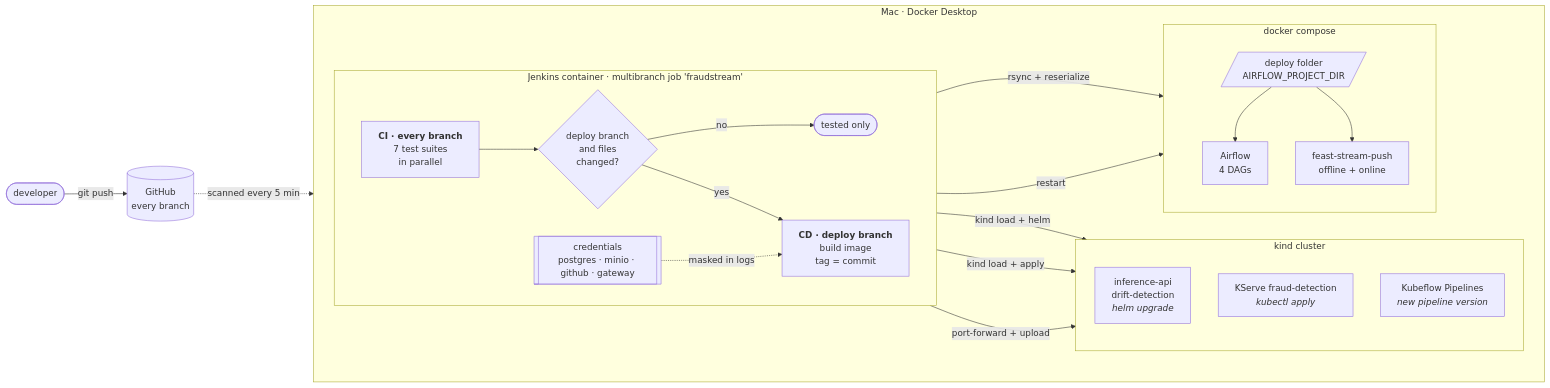
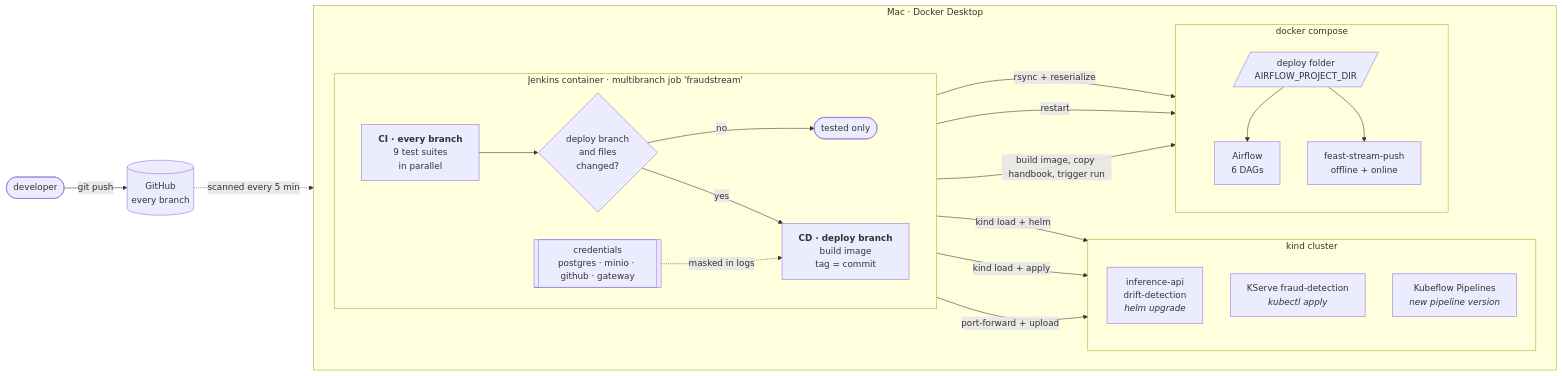
One commit to hiendat04/fraudstream changed the diagram in docs/ml/23_ci_cd.md. Above: the diagram before and after it, drawn with Mermaid. The commit also changed other lines of this file and 8 other files, not shown here.

````diff
--- a/docs/ml/23_ci_cd.md
+++ b/docs/ml/23_ci_cd.md
@@ -9,44 +9,45 @@
 ```mermaid
 flowchart LR
     DEV(["developer"]) -- "git push" --> GH[("GitHub<br/>every branch")]
     GH -. "scanned every 5 min" .-> CI
 
     subgraph HOST["Mac · Docker Desktop"]
         direction LR
 
         subgraph JENKINS["Jenkins container · multibranch job 'fraudstream'"]
             direction LR
-            CI["<b>CI · every branch</b><br/>7 test suites<br/>in parallel"]
+            CI["<b>CI · every branch</b><br/>9 test suites<br/>in parallel"]
             GATE{"deploy branch<br/>and files<br/>changed?"}
             STOP(["tested only"])
             CD["<b>CD · deploy branch</b><br/>build image<br/>tag = commit"]
             CRED[["credentials<br/>postgres · minio · github · gateway"]]
             CI --> GATE
             GATE -- no --> STOP
             GATE -- yes --> CD
             CRED -. "masked in logs" .-> CD
         end
 
         subgraph KIND["kind cluster"]
             direction TB
             APIS["inference-api<br/>drift-detection<br/><i>helm upgrade</i>"]
             MODEL["KServe fraud-detection<br/><i>kubectl apply</i>"]
             KFP["Kubeflow Pipelines<br/><i>new pipeline version</i>"]
         end
 
         subgraph COMPOSE["docker compose"]
             direction TB
             TREE[/"deploy folder<br/>AIRFLOW_PROJECT_DIR"/]
-            AF["Airflow<br/>4 DAGs"]
+            AF["Airflow<br/>6 DAGs"]
             SP["feast-stream-push<br/>offline + online"]
             TREE --> AF
             TREE --> SP
         end
     end
 
     CD -- "kind load + helm" --> APIS
     CD -- "kind load + apply" --> MODEL
     CD -- "port-forward + upload" --> KFP
     CD -- "rsync + reserialize" --> TREE
     CD -- "restart" --> SP
+    CD -- "build image, copy handbook, trigger run" --> AF
 ```
````
